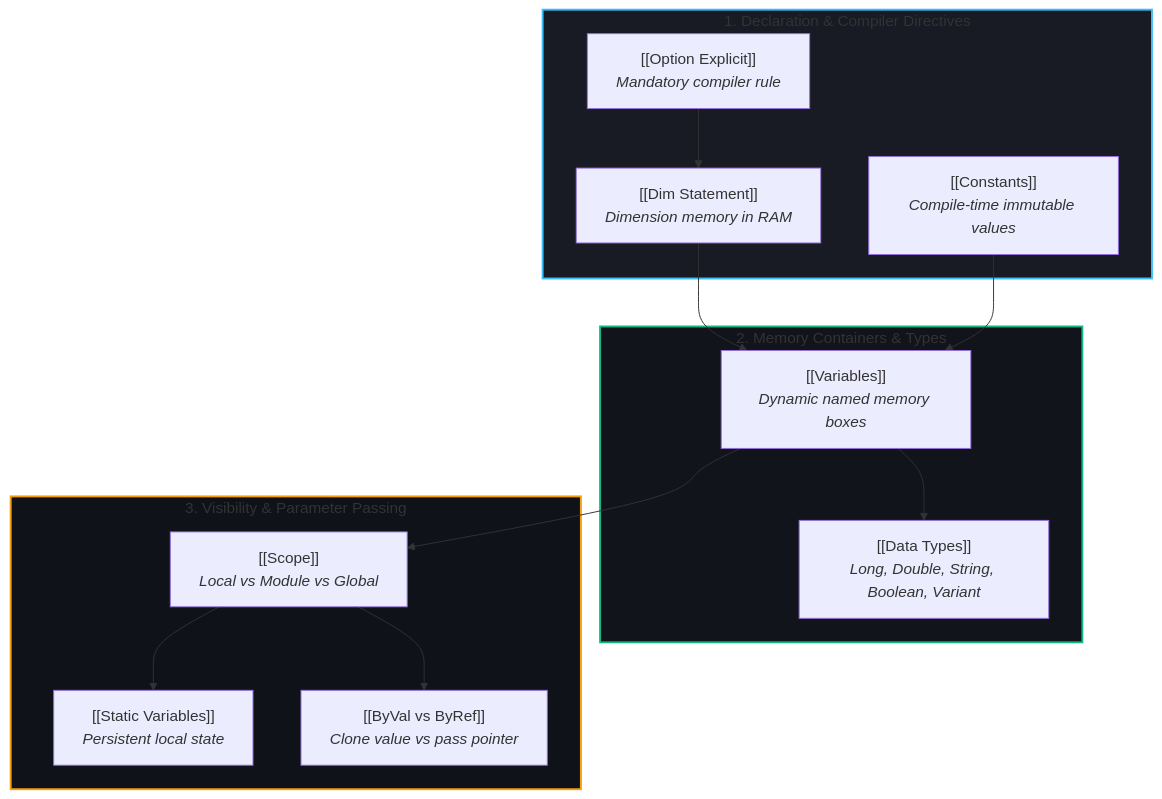
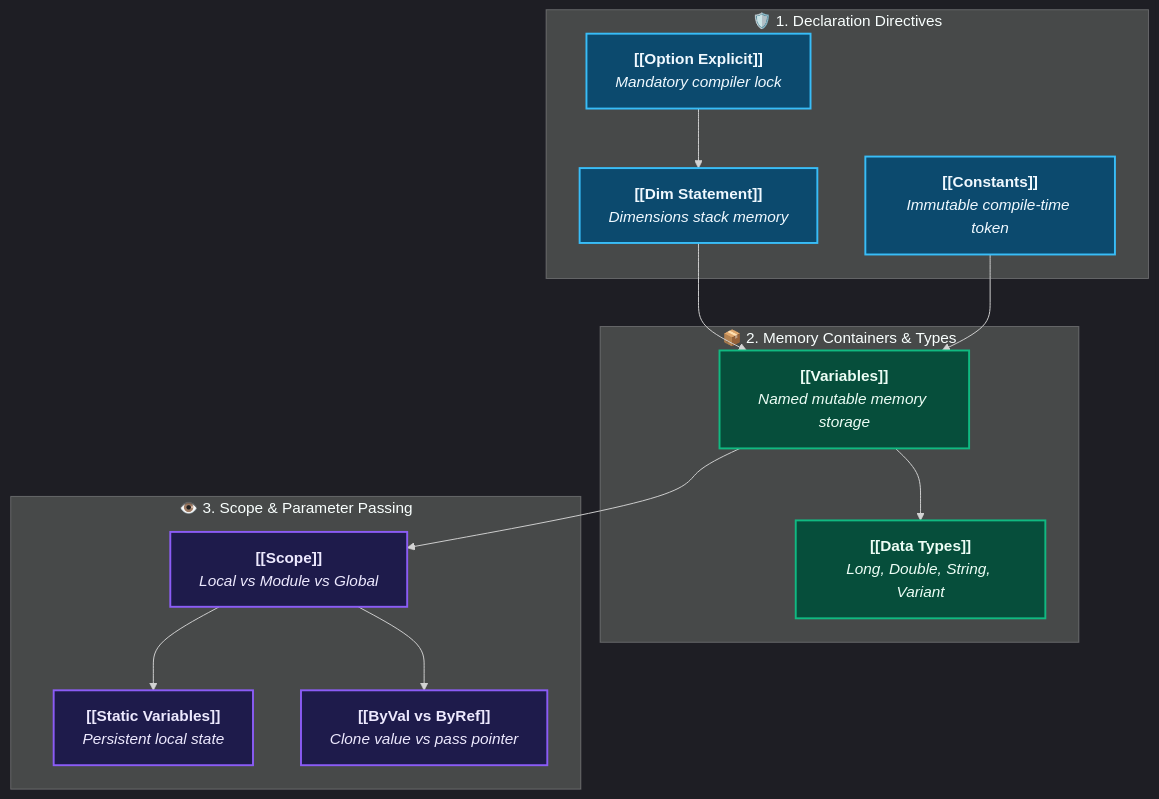
The diagram in 02 - VBA Fundamentals/Variables & Data Types/Variables & Data Types.md (Sohila-Khaled-Abbas/Excel-VBA-Second-Brain), drawn with Mermaid before and after one commit. The commit also changed 23 other files, not shown here.

Commit message:
feat: modernize vault diagrams with dark-theme Excel mockup UI, responsive card grids, and high-contrast Mermaid themes

````diff
--- a/02 - VBA Fundamentals/Variables & Data Types/Variables & Data Types.md
+++ b/02 - VBA Fundamentals/Variables & Data Types/Variables & Data Types.md
@@ -34,31 +34,32 @@
 ```mermaid
+%%{init: {'theme': 'dark', 'themeVariables': { 'darkMode': true, 'fontFamily': 'Inter, sans-serif' }}}%%
 flowchart TD
-    subgraph Declarations["1. Declaration & Compiler Directives"]
-        OE["[[Option Explicit]]<br/><i>Mandatory compiler rule</i>"]
-        DIM["[[Dim Statement]]<br/><i>Dimension memory in RAM</i>"]
-        CST["[[Constants]]<br/><i>Compile-time immutable values</i>"]
+    subgraph Declarations["🛡️ 1. Declaration Directives"]
+        OE["<b>[[Option Explicit]]</b><br/><i>Mandatory compiler lock</i>"]:::declNode
+        DIM["<b>[[Dim Statement]]</b><br/><i>Dimensions stack memory</i>"]:::declNode
+        CST["<b>[[Constants]]</b><br/><i>Immutable compile-time token</i>"]:::declNode
     end
 
-    subgraph MemoryTypes["2. Memory Containers & Types"]
-        VAR["[[Variables]]<br/><i>Dynamic named memory boxes</i>"]
-        DT["[[Data Types]]<br/><i>Long, Double, String, Boolean, Variant</i>"]
+    subgraph MemoryTypes["📦 2. Memory Containers & Types"]
+        VAR["<b>[[Variables]]</b><br/><i>Named mutable memory storage</i>"]:::memNode
+        DT["<b>[[Data Types]]</b><br/><i>Long, Double, String, Variant</i>"]:::memNode
     end
 
-    subgraph Architecture["3. Visibility & Parameter Passing"]
-        SCP["[[Scope]]<br/><i>Local vs Module vs Global</i>"]
-        STC["[[Static Variables]]<br/><i>Persistent local state</i>"]
-        PAR["[[ByVal vs ByRef]]<br/><i>Clone value vs pass pointer</i>"]
+    subgraph Architecture["👁️ 3. Scope & Parameter Passing"]
+        SCP["<b>[[Scope]]</b><br/><i>Local vs Module vs Global</i>"]:::archNode
+        STC["<b>[[Static Variables]]</b><br/><i>Persistent local state</i>"]:::archNode
+        PAR["<b>[[ByVal vs ByRef]]</b><br/><i>Clone value vs pass pointer</i>"]:::archNode
     end
 
     OE --> DIM
     DIM --> VAR
     VAR --> DT
     CST --> VAR
     VAR --> SCP
     SCP --> STC
     SCP --> PAR
 
-    style Declarations fill:#181a24,stroke:#38bdf8,stroke-width:2px
-    style MemoryTypes fill:#12141c,stroke:#10b981,stroke-width:2px
-    style Architecture fill:#10121a,stroke:#f59e0b,stroke-width:2px
+    classDef declNode fill:#0c4a6e,stroke:#38bdf8,stroke-width:2px,color:#f0f9ff;
+    classDef memNode fill:#064e3b,stroke:#10b981,stroke-width:2px,color:#ecfdf5;
+    classDef archNode fill:#1e1b4b,stroke:#8b5cf6,stroke-width:2px,color:#ede9fe;
 ```
````
